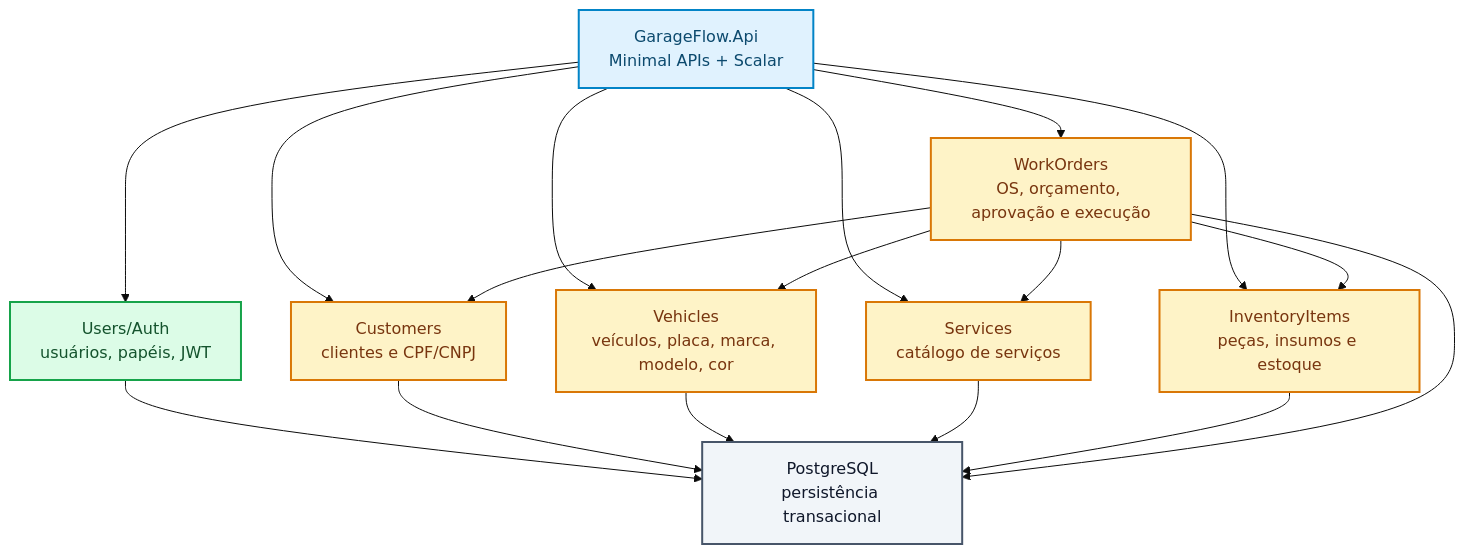
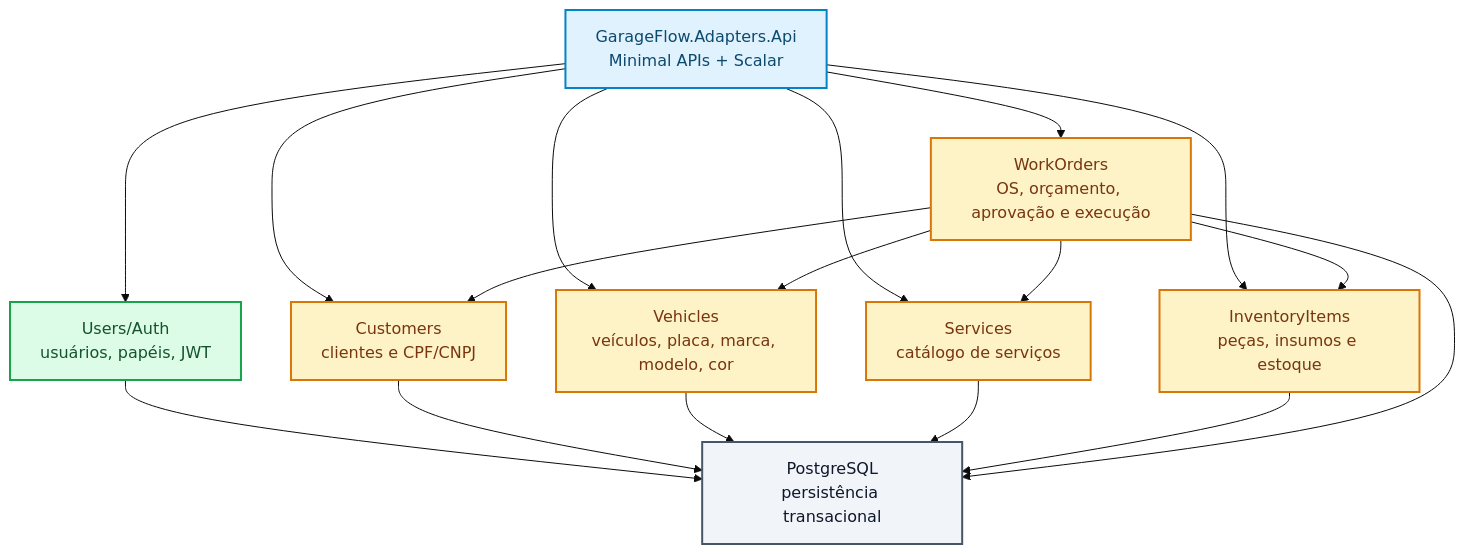
Before and after one commit to DiegoRugue/GarageFlow: the diagram in docs/ddd/diagrams/source/bounded-contexts.mmd, drawn with Mermaid (base theme). The commit also changed 11 other files, not shown here.

Commit message:
docs: align architecture rules with clean adapters

```diff
--- a/docs/ddd/diagrams/source/bounded-contexts.mmd
+++ b/docs/ddd/diagrams/source/bounded-contexts.mmd
@@ -1,32 +1,32 @@
 flowchart TB
     classDef api fill:#e0f2fe,stroke:#0284c7,color:#0c4a6e,stroke-width:2px
     classDef module fill:#fef3c7,stroke:#d97706,color:#78350f,stroke-width:2px
     classDef support fill:#dcfce7,stroke:#16a34a,color:#14532d,stroke-width:2px
     classDef infra fill:#f1f5f9,stroke:#475569,color:#0f172a,stroke-width:2px
 
-    Api["GarageFlow.Api\nMinimal APIs + Scalar"]:::api
+    Api["GarageFlow.Adapters.Api\nMinimal APIs + Scalar"]:::api
     Auth["Users/Auth\nusuários, papéis, JWT"]:::support
     Customers["Customers\nclientes e CPF/CNPJ"]:::module
     Vehicles["Vehicles\nveículos, placa, marca, modelo, cor"]:::module
     Services["Services\ncatálogo de serviços"]:::module
     Inventory["InventoryItems\npeças, insumos e estoque"]:::module
     WorkOrders["WorkOrders\nOS, orçamento, aprovação e execução"]:::module
     Database["PostgreSQL\npersistência transacional"]:::infra
 
     Api --> Auth
     Api --> Customers
     Api --> Vehicles
     Api --> Services
     Api --> Inventory
     Api --> WorkOrders
 
     WorkOrders --> Customers
     WorkOrders --> Vehicles
     WorkOrders --> Services
     WorkOrders --> Inventory
     Auth --> Database
     Customers --> Database
     Vehicles --> Database
     Services --> Database
     Inventory --> Database
     WorkOrders --> Database
```
